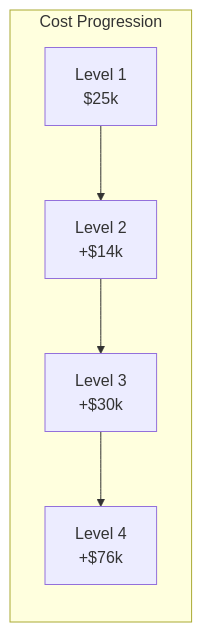
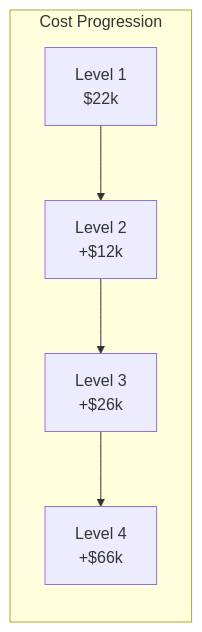
Before and after one commit to jnarwell/drip: the diagram in docs/system/levels.md, drawn with Mermaid. The commit also changed other lines of this file and 11 other files, not shown here.

````diff
--- a/docs/system/levels.md
+++ b/docs/system/levels.md
@@ -128,8 +128,8 @@
 ```mermaid
 graph LR
     subgraph "Cost Progression"
-        L1[Level 1<br/>$25k] --> L2[Level 2<br/>+$14k]
-        L2 --> L3[Level 3<br/>+$30k]
-        L3 --> L4[Level 4<br/>+$76k]
+        L1[Level 1<br/>$22k] --> L2[Level 2<br/>+$12k]
+        L2 --> L3[Level 3<br/>+$26k]
+        L3 --> L4[Level 4<br/>+$66k]
     end
 ```
````
